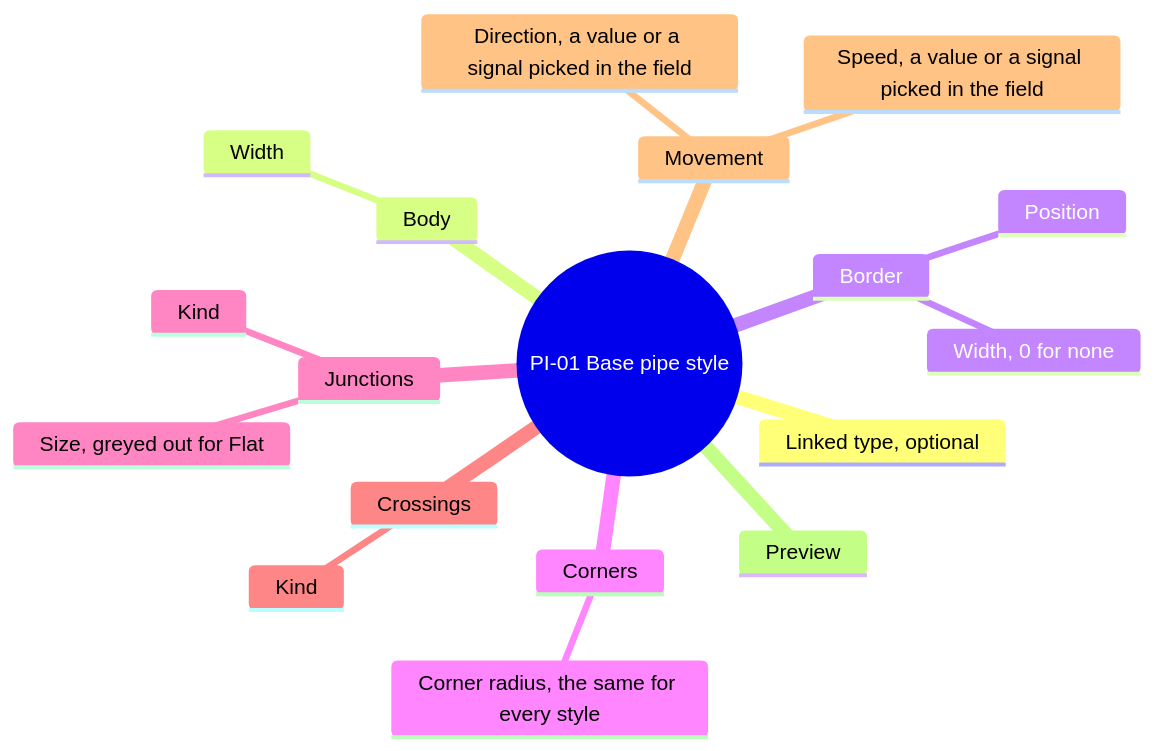
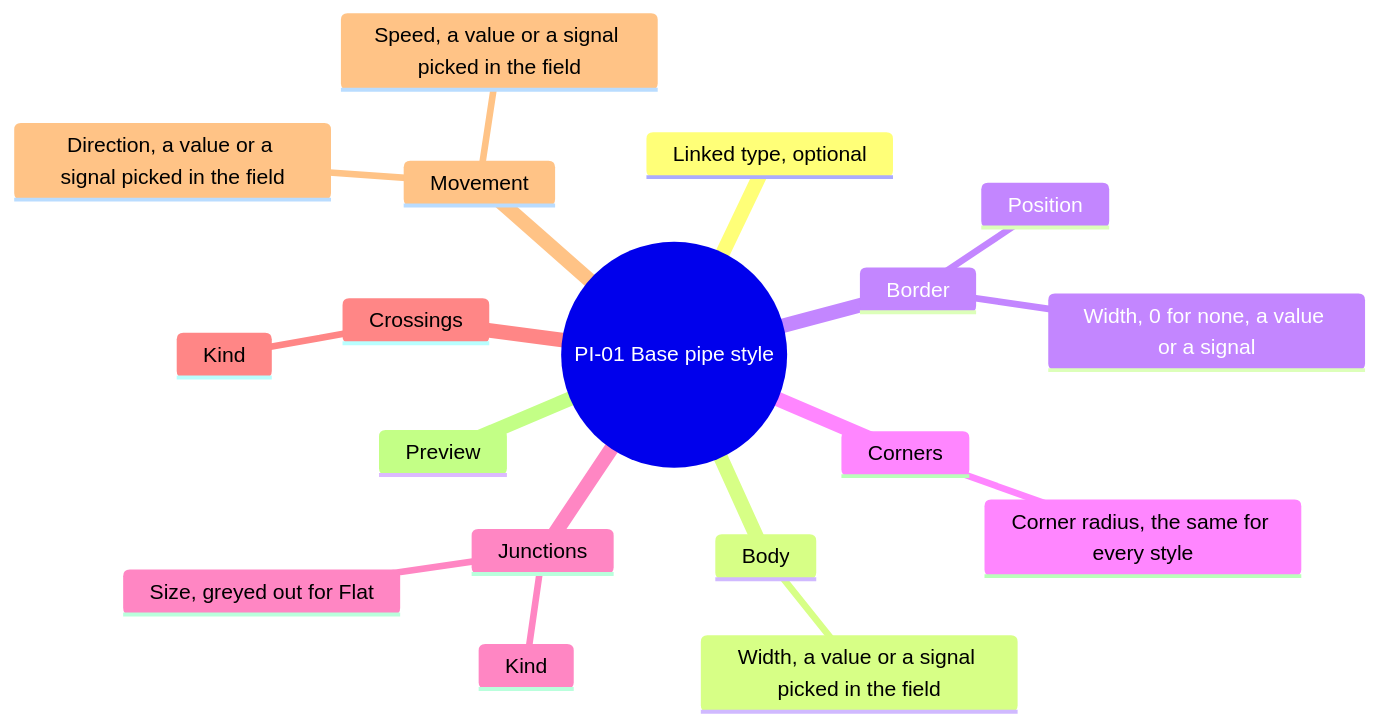
The third of 6 diagrams in screens/pipes.md (AlexandreGallais/synoptic-studio-spec), drawn with Mermaid before and after one commit. The commit also changed other lines of this file and 9 other files, not shown here.

````diff
--- a/screens/pipes.md
+++ b/screens/pipes.md
@@ -40,21 +40,21 @@
 ```mermaid
 mindmap
   root((PI-01 Base pipe style))
     Linked type, optional
     Body
-      Width
+      Width, a value or a signal picked in the field
     Border
-      Width, 0 for none
+      Width, 0 for none, a value or a signal
       Position
     Corners
       Corner radius, the same for every style
     Junctions
       Kind
       Size, greyed out for Flat
     Crossings
       Kind
     Movement
       Direction, a value or a signal picked in the field
       Speed, a value or a signal picked in the field
     Preview
 ```
````
